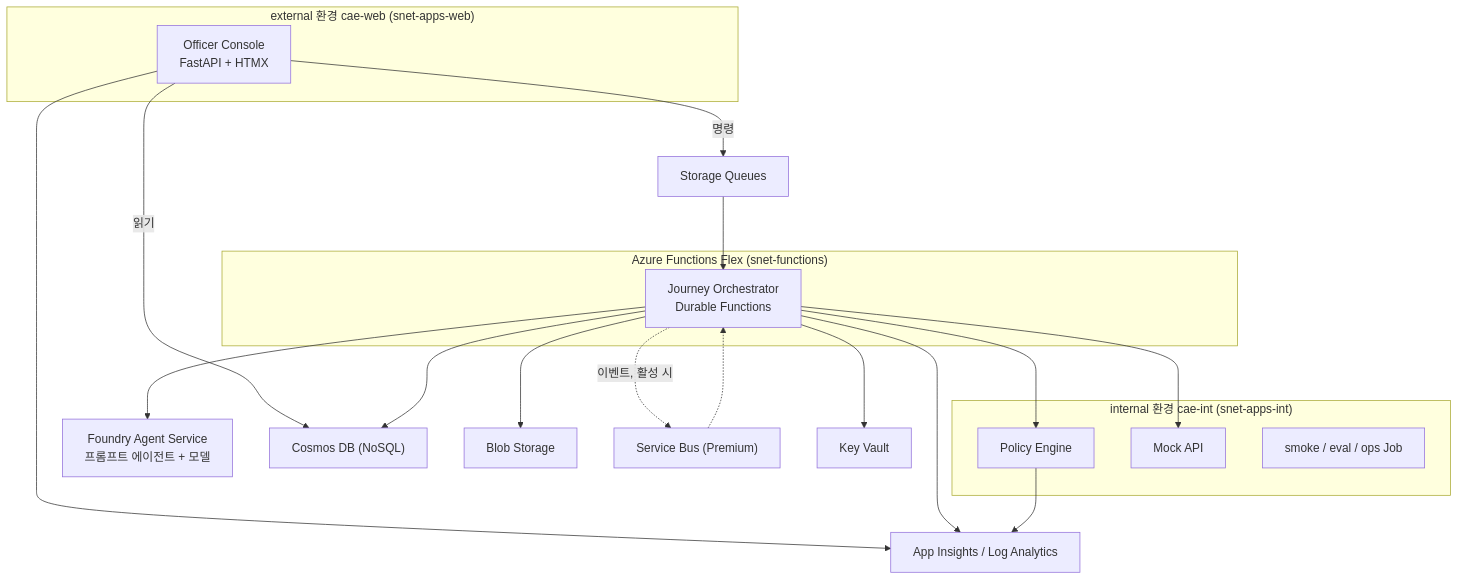
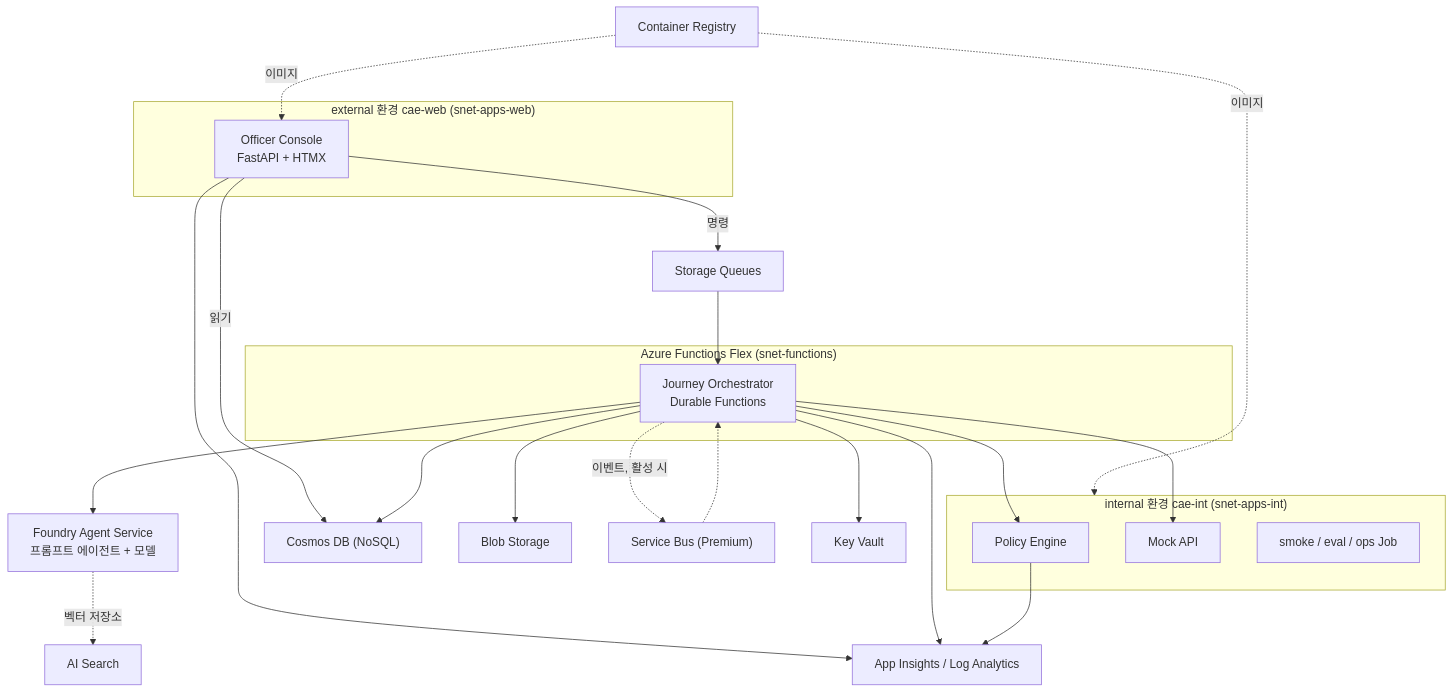
The second of 5 diagrams in docs/architecture.md (freeman9844/ms-ama-04), drawn with Mermaid before and after one commit. The commit also changed other lines of this file and 1 other file, not shown here.

First line of the commit message:
docs(p6c): correct architecture facts from review

````diff
--- a/docs/architecture.md
+++ b/docs/architecture.md
@@ -36,36 +37,41 @@
 ```mermaid
 flowchart TB
   subgraph web["external 환경 cae-web (snet-apps-web)"]
     console["Officer Console<br/>FastAPI + HTMX"]
   end
   subgraph fn["Azure Functions Flex (snet-functions)"]
     orch["Journey Orchestrator<br/>Durable Functions"]
   end
   subgraph int["internal 환경 cae-int (snet-apps-int)"]
     policy["Policy Engine"]
     mock["Mock API"]
     smoke["smoke / eval / ops Job"]
   end
   foundry["Foundry Agent Service<br/>프롬프트 에이전트 + 모델"]
+  search["AI Search"]
+  acr["Container Registry"]
   cosmos["Cosmos DB (NoSQL)"]
   blob["Blob Storage"]
   queues["Storage Queues"]
   sb["Service Bus (Premium)"]
   kv["Key Vault"]
   obs["App Insights / Log Analytics"]
 
   console -->|읽기| cosmos
   console -->|명령| queues
   queues --> orch
   orch --> foundry
+  foundry -.->|벡터 저장소| search
   orch --> policy
   orch --> mock
   orch --> cosmos
   orch --> blob
   orch -.->|이벤트, 활성 시| sb
   sb -.-> orch
   orch --> kv
+  acr -.->|이미지| console
+  acr -.->|이미지| int
   console --> obs
   orch --> obs
   policy --> obs
 ```
````
